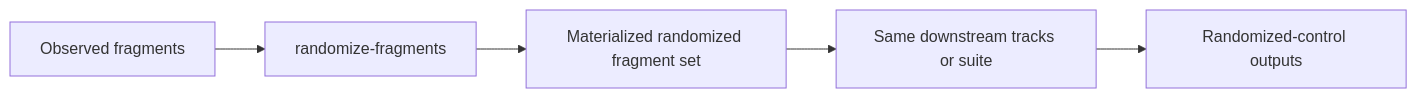
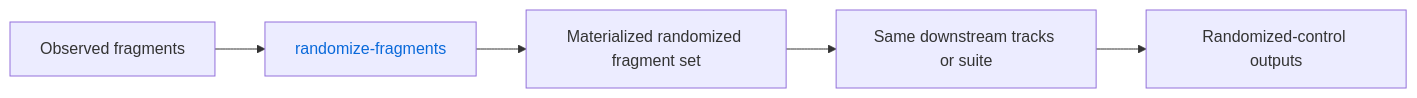
Before and after one commit to adjohnston85/NucleoSuite: diagram 16 of 16 in docs/WORKFLOWS.md, drawn with Mermaid. The commit also changed other lines of this file and 9 other files, not shown here.

````diff
--- a/docs/WORKFLOWS.md
+++ b/docs/WORKFLOWS.md
@@ -360,7 +425,11 @@
 ```mermaid
 flowchart LR
     A[Observed fragments] --> B[randomize-fragments]
     B --> C[Materialized randomized fragment set]
     C --> D[Same downstream tracks or suite]
     D --> E[Randomized-control outputs]
+
+    classDef commandLink color:#0969da,text-decoration:none;
+    class B commandLink;
+    click B href "https://github.com/adjohnston85/NucleoSuite/blob/main/docs/commands/randomize-fragments.md" "Open randomize-fragments documentation"
 ```
````
